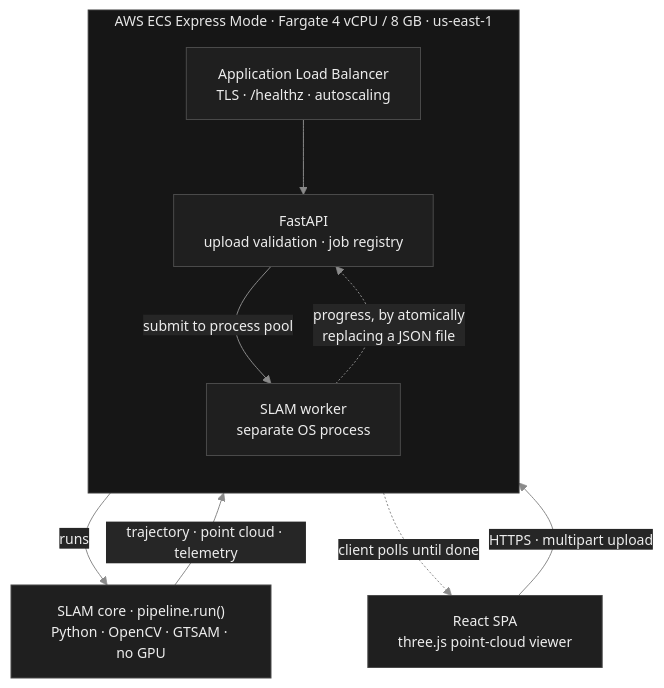
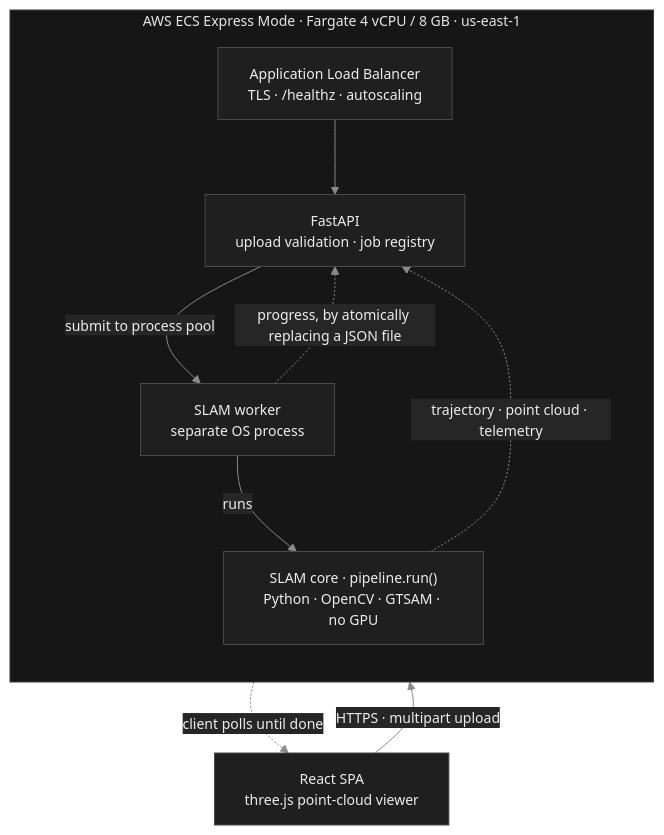
Before and after one commit to muditagrawal-alt/Monocular_RGB_Sparse_Point_Cloud_SLAM: the second of 2 diagrams in README.md, drawn with Mermaid.

Commit message:
docs: keep the SLAM core inside the Fargate task in the deployment diagram

````diff
--- a/README.md
+++ b/README.md
@@ -341,25 +341,26 @@
 ```mermaid
 %%{init: {'theme':'base','themeVariables':{
 'primaryColor':'#1f1f1f','primaryTextColor':'#ededed','primaryBorderColor':'#4a4a4a',
 'lineColor':'#8a8a8a','secondaryColor':'#262626','tertiaryColor':'#191919',
 'clusterBkg':'#161616','clusterBorder':'#3a3a3a','fontSize':'14px'}}}%%
 flowchart TD
     spa["React SPA<br/>three.js point-cloud viewer"]
 
     spa -->|"HTTPS · multipart upload"| alb
 
     subgraph aws["AWS ECS Express Mode · Fargate 4 vCPU / 8 GB · us-east-1"]
         direction TB
         alb["Application Load Balancer<br/>TLS · /healthz · autoscaling"]
         api["FastAPI<br/>upload validation · job registry"]
         worker["SLAM worker<br/>separate OS process"]
+        core["SLAM core · pipeline.run()<br/>Python · OpenCV · GTSAM · no GPU"]
 
         alb --> api
         api -->|"submit to process pool"| worker
+        worker -->|"runs"| core
     end
 
-    worker -->|"runs"| core["SLAM core · pipeline.run()<br/>Python · OpenCV · GTSAM · no GPU"]
-    core -->|"trajectory · point cloud · telemetry"| api
-    worker -.->|"progress, by atomically<br/>replacing a JSON file"| api
+    core -.->|"trajectory · point cloud · telemetry"| api
+    worker -.->|"progress, by atomically replacing a JSON file"| api
     api -.->|"client polls until done"| spa
 ```
````
